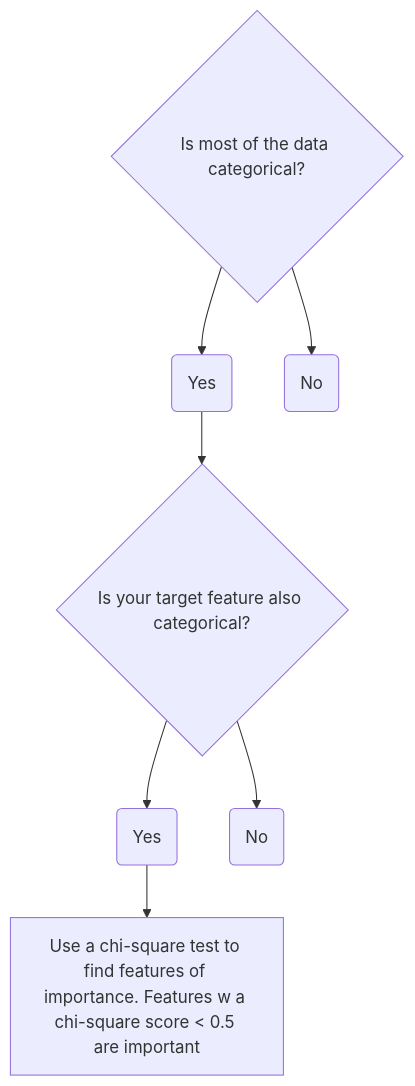
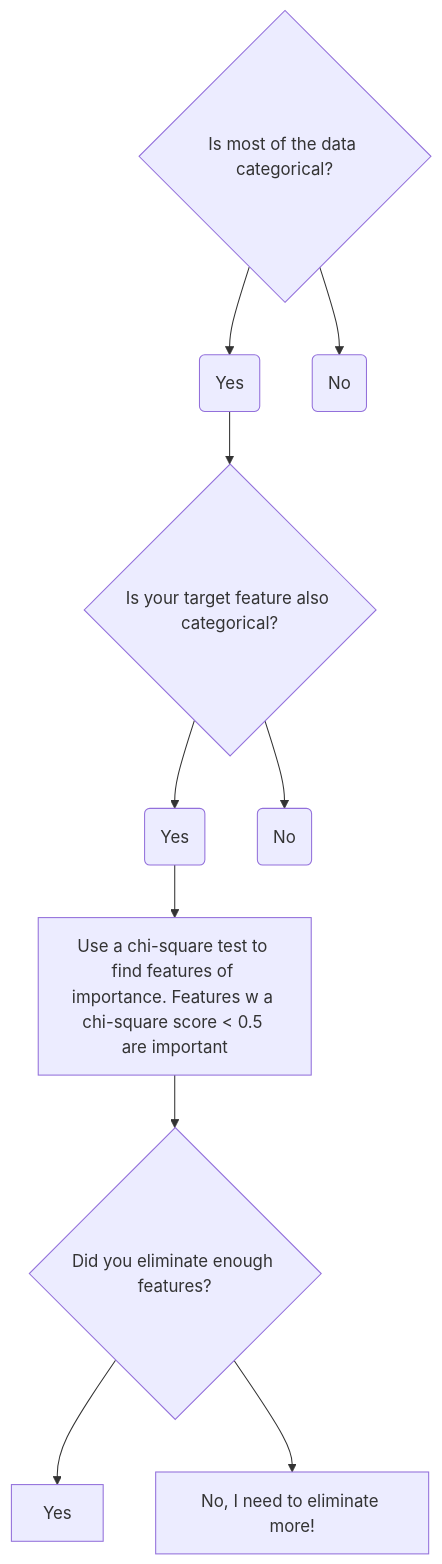
The diagram in AI + ML + Predictive Analytics/Decision making in Data Science.md (bigtoga/Examples), drawn with Mermaid before and after one commit.

Commit message:
Update Decision making in Data Science.md

````diff
--- a/AI + ML + Predictive Analytics/Decision making in Data Science.md
+++ b/AI + ML + Predictive Analytics/Decision making in Data Science.md
@@ -17,10 +17,13 @@
 ``` mermaid
 graph TD;
   q1{Is most of the data categorical?}
   q1-->q1Yes(Yes);
   q1Yes-->q2{Is your target feature also categorical?}
   q2-->q2Yes(Yes)
   q2-->q2No(No)
   q2Yes-->q2Done[Use a chi-square test to find features of importance. Features w a chi-square score < 0.5 are important]
+  q2Done-->q3{Did you eliminate enough features?}
+  q3-->q3Yes[Yes]
+  q3-->q3No[No, I need to eliminate more!]
   q1-->q1No(No);
 ```
````
